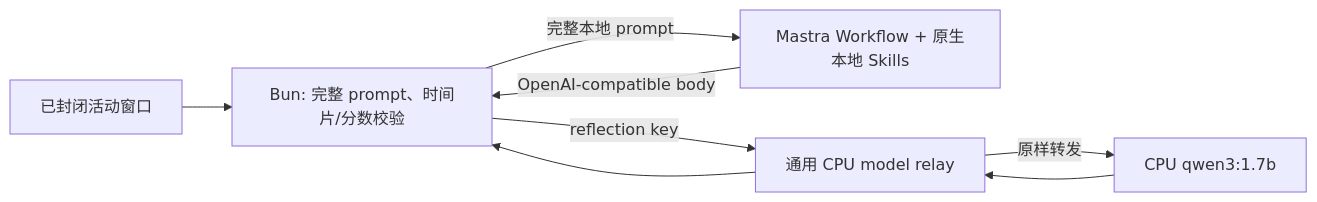
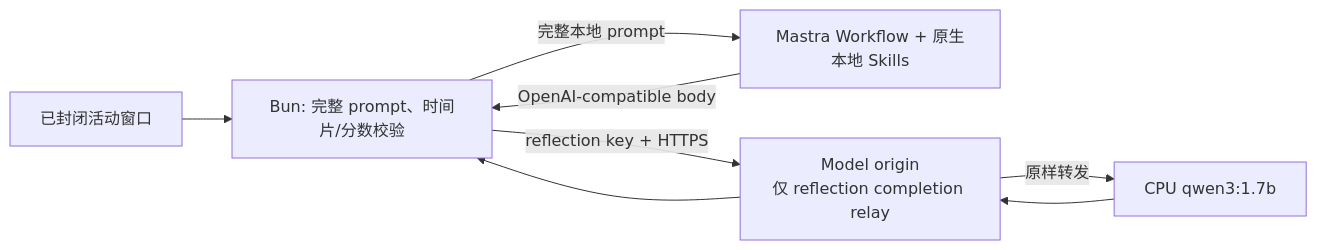
The second of 2 diagrams in docs/CONVERSATION_AGENT_INTEGRATION.md (Sea-Go/Sea-WhaleHall), drawn with Mermaid before and after one commit. The commit also changed other lines of this file and 16 other files, not shown here.

````diff
--- a/docs/CONVERSATION_AGENT_INTEGRATION.md
+++ b/docs/CONVERSATION_AGENT_INTEGRATION.md
@@ -23,9 +23,9 @@
 ```mermaid
 flowchart LR
   Window["已封闭活动窗口"] --> Bridge["Bun: 完整 prompt、时间片/分数校验"]
   Bridge -->|"完整本地 prompt"| Sidecar["Mastra Workflow + 原生本地 Skills"]
   Sidecar -->|"OpenAI-compatible body"| Bridge
-  Bridge -->|"reflection key"| Relay["通用 CPU model relay"]
-  Relay -->|"原样转发"| Qwen["CPU qwen3:1.7b"]
-  Qwen --> Relay --> Bridge
+  Bridge -->|"reflection key + HTTPS"| ModelOrigin["Model origin\n仅 reflection completion relay"]
+  ModelOrigin -->|"原样转发"| Qwen["CPU qwen3:1.7b"]
+  Qwen --> ModelOrigin --> Bridge
 ```
````
